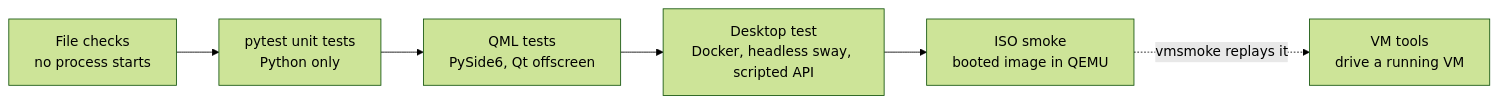
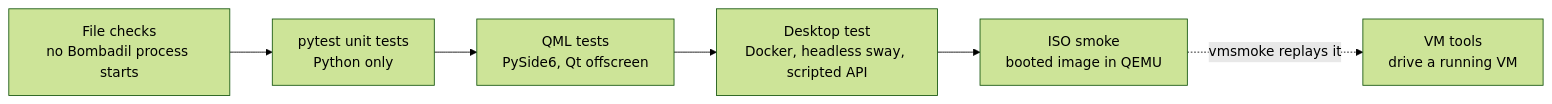
The first of 2 diagrams in docs/contributing/development.md (thedefaultman/Bombadil), drawn with Mermaid (forest theme) before and after one commit. The commit also changed other lines of this file and 26 other files, not shown here.

````diff
--- a/docs/contributing/development.md
+++ b/docs/contributing/development.md
@@ -158,8 +160,8 @@
 ```mermaid
 flowchart LR
-    F["File checks<br/>no process starts"] --> A["pytest unit tests<br/>Python only"]
+    F["File checks<br/>no Bombadil process starts"] --> A["pytest unit tests<br/>Python only"]
     A --> B["QML tests<br/>PySide6, Qt offscreen"]
     B --> C["Desktop test<br/>Docker, headless sway, scripted API"]
     C --> D["ISO smoke<br/>booted image in QEMU"]
     D -.->|"vmsmoke replays it"| E["VM tools<br/>drive a running VM"]
 ```
````
